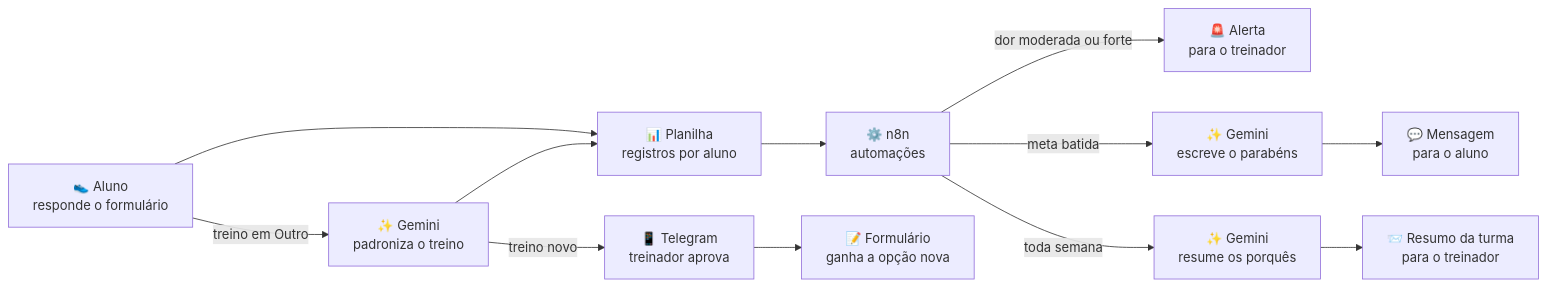
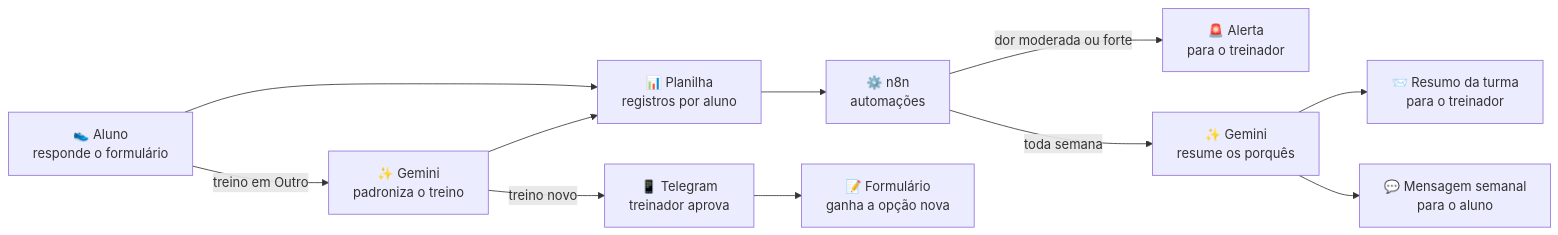
Before and after one commit to juliasm36/minha-evolucao-corrida: the diagram in README.md, drawn with Mermaid. The commit also changed other lines of this file and 4 other files, not shown here.

````diff
--- a/README.md
+++ b/README.md
@@ -37,14 +37,13 @@
 ```mermaid
 flowchart LR
     A["👟 Aluno<br/>responde o formulário"] --> P["📊 Planilha<br/>registros por aluno"]
     A -->|treino em Outro| G1["✨ Gemini<br/>padroniza o treino"]
     G1 --> P
     G1 -->|treino novo| TG["📱 Telegram<br/>treinador aprova"]
     TG --> F["📝 Formulário<br/>ganha a opção nova"]
     P --> N["⚙️ n8n<br/>automações"]
     N -->|dor moderada ou forte| AL["🚨 Alerta<br/>para o treinador"]
-    N -->|meta batida| G2["✨ Gemini<br/>escreve o parabéns"]
-    G2 --> AM["💬 Mensagem<br/>para o aluno"]
     N -->|toda semana| G3["✨ Gemini<br/>resume os porquês"]
     G3 --> R["📨 Resumo da turma<br/>para o treinador"]
+    G3 --> MA["💬 Mensagem semanal<br/>para o aluno"]
 ```
````
